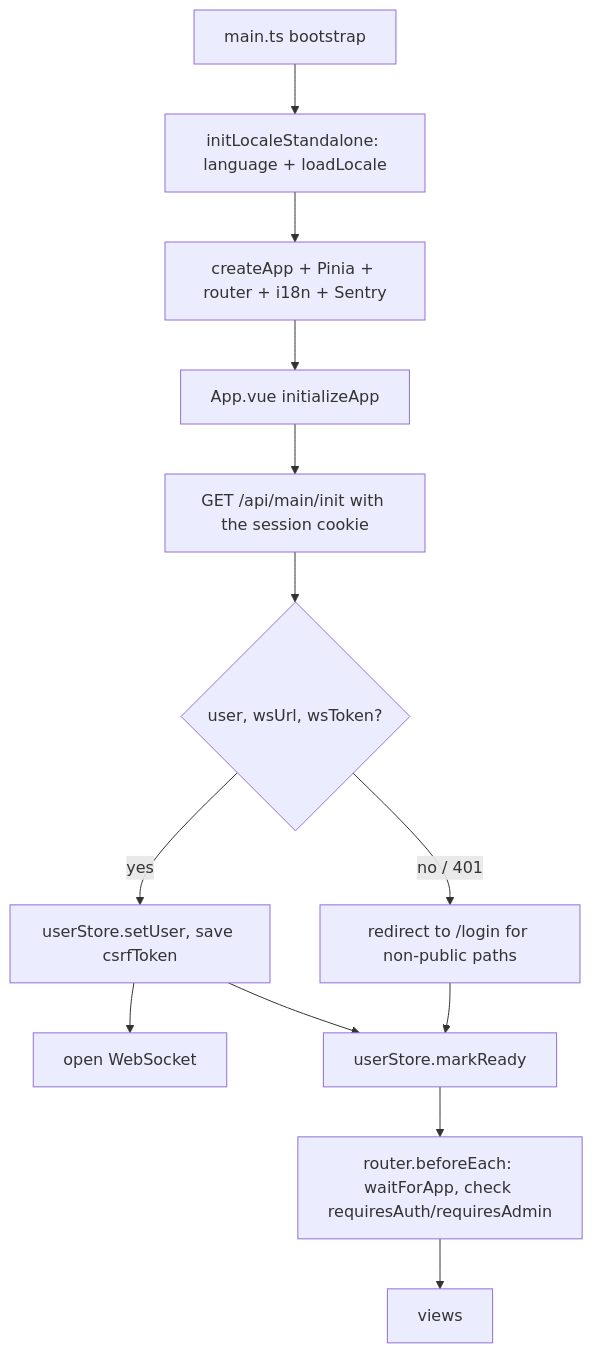
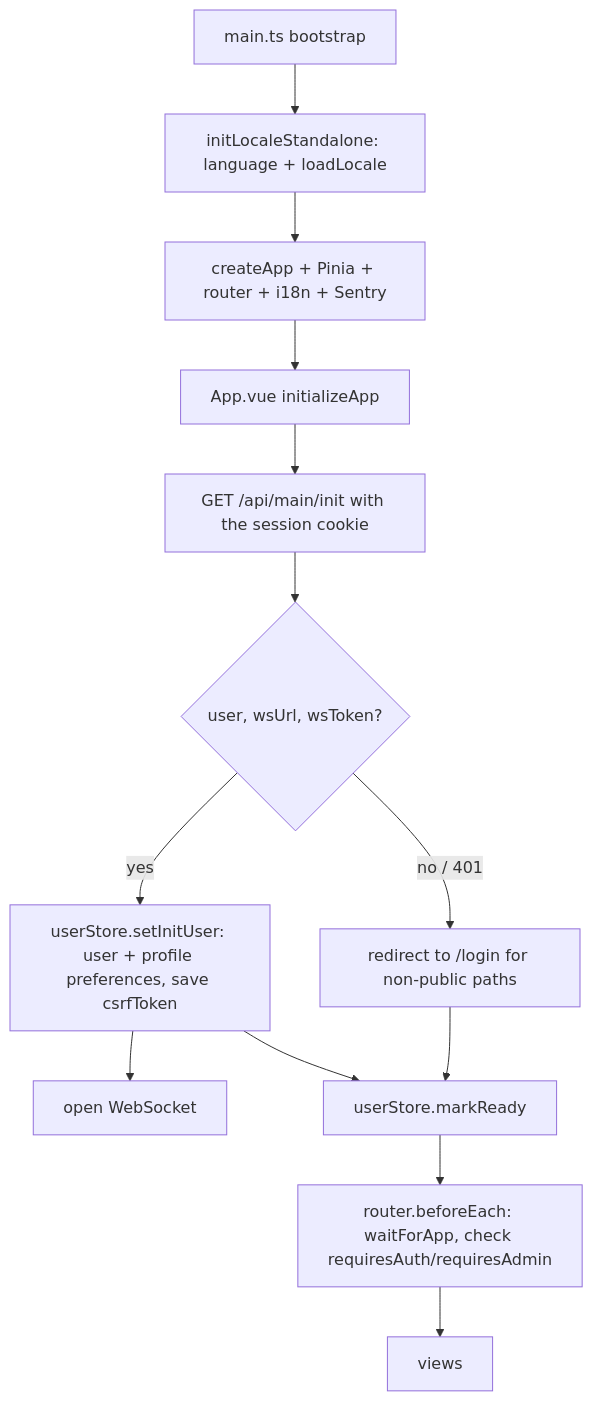
The diagram in documentation/en/frontend/index.md (Blazheiko/vibe-template), drawn with Mermaid before and after one commit. The commit also changed other lines of this file and 14 other files, not shown here.

First line of the commit message:
Document the account profile routes, user_preferences, the limit and frontend preferences (feat-232 T15)

````diff
--- a/documentation/en/frontend/index.md
+++ b/documentation/en/frontend/index.md
@@ -121,15 +132,15 @@
 ```mermaid
 flowchart TD
     A[main.ts bootstrap] --> B[initLocaleStandalone: language + loadLocale]
     B --> C[createApp + Pinia + router + i18n + Sentry]
     C --> D[App.vue initializeApp]
     D --> E[GET /api/main/init with the session cookie]
     E --> F{user, wsUrl, wsToken?}
-    F -- yes --> G[userStore.setUser, save csrfToken]
+    F -- yes --> G[userStore.setInitUser: user + profile preferences, save csrfToken]
     G --> H[open WebSocket]
     F -- no / 401 --> I[redirect to /login for non-public paths]
     G --> J[userStore.markReady]
     I --> J
     J --> K[router.beforeEach: waitForApp, check requiresAuth/requiresAdmin]
     K --> L[views]
 ```
````
